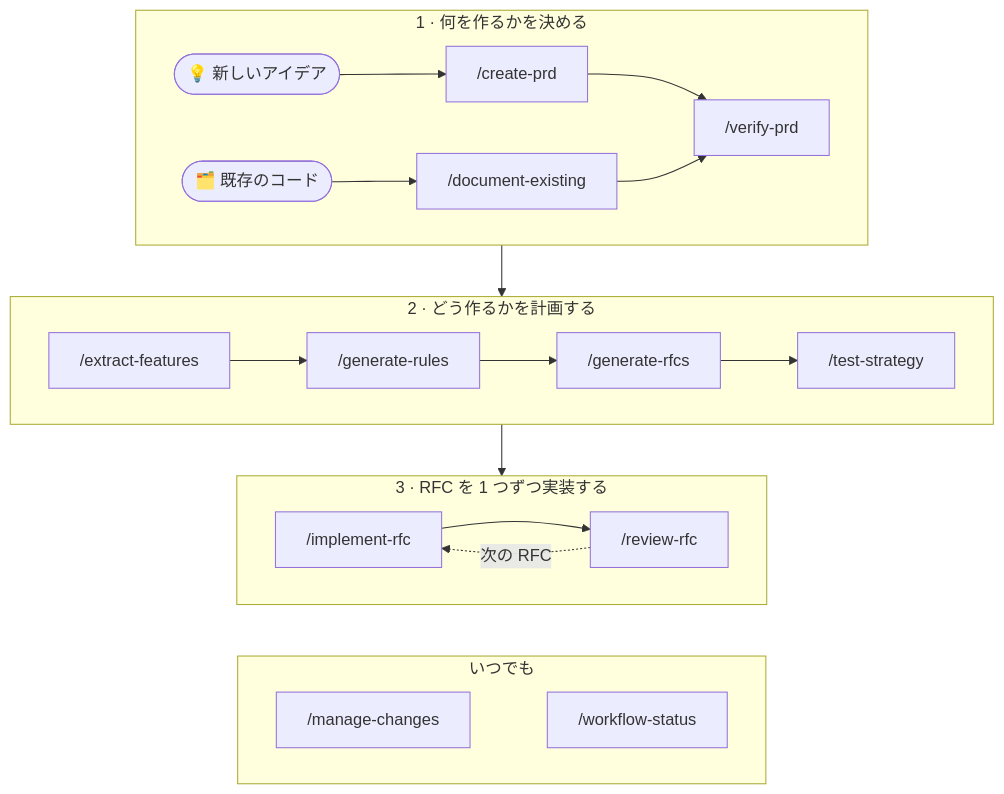
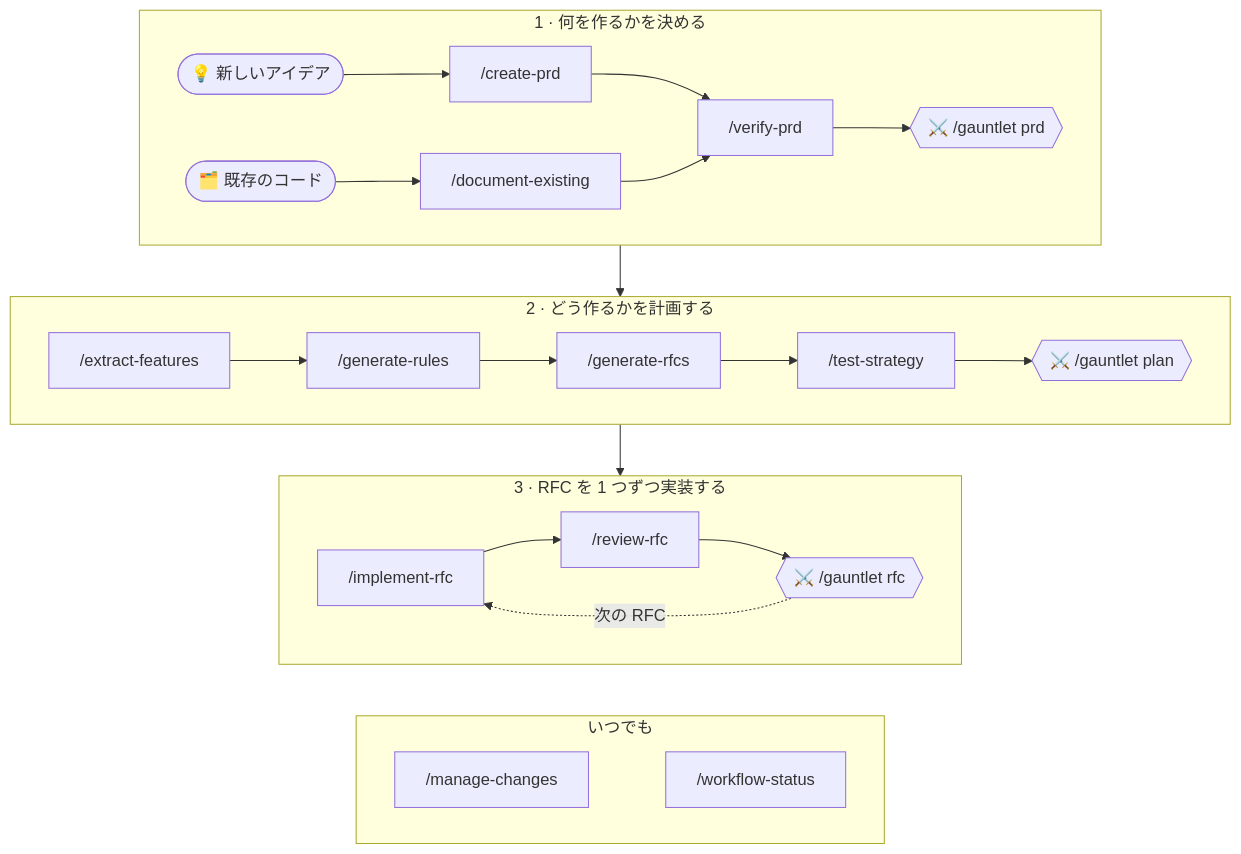
One commit to nurettincoban/ai-prd-workflow changed the diagram in README.ja.md. Above: the diagram before and after it, drawn with Mermaid. The commit also changed other lines of this file and 33 other files, not shown here.

````diff
--- a/README.ja.md
+++ b/README.ja.md
@@ -86,23 +91,24 @@
 ```mermaid
 flowchart TB
     subgraph define ["1 · 何を作るかを決める"]
         direction LR
         idea([💡 新しいアイデア]) --> create["/create-prd"] --> verify["/verify-prd"]
         code([🗂️ 既存のコード]) --> document["/document-existing"] --> verify
+        verify --> g1{{"⚔️ /gauntlet prd"}}
     end
     subgraph plan ["2 · どう作るかを計画する"]
         direction LR
-        features["/extract-features"] --> rules["/generate-rules"] --> rfcs["/generate-rfcs"] --> tests["/test-strategy"]
+        features["/extract-features"] --> rules["/generate-rules"] --> rfcs["/generate-rfcs"] --> tests["/test-strategy"] --> g2{{"⚔️ /gauntlet plan"}}
     end
     subgraph build ["3 · RFC を 1 つずつ実装する"]
         direction LR
-        implement["/implement-rfc"] --> review["/review-rfc"]
-        review -.->|次の RFC| implement
+        implement["/implement-rfc"] --> review["/review-rfc"] --> g3{{"⚔️ /gauntlet rfc"}}
+        g3 -.->|次の RFC| implement
     end
     subgraph anytime ["いつでも"]
         direction LR
         changes["/manage-changes"] ~~~ status["/workflow-status"]
     end
     define --> plan --> build
     build ~~~ anytime
 ```
````
